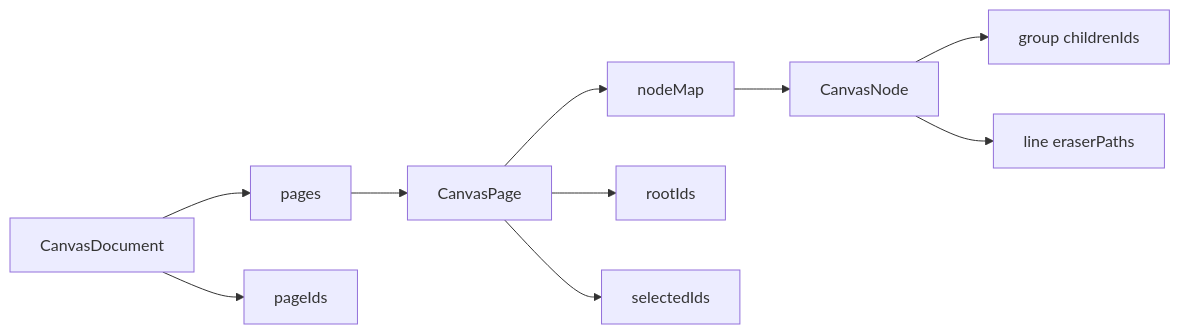
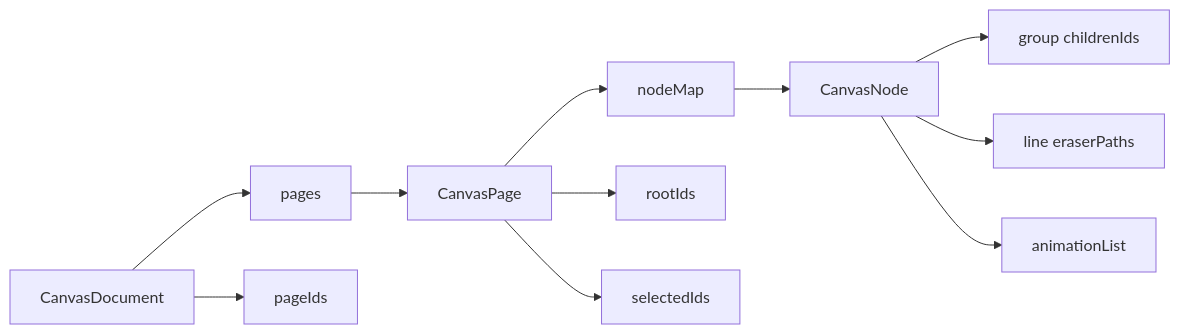
The second of 2 diagrams in README.md (Tajigaqzh/paint-canvas), drawn with Mermaid before and after one commit. The commit also changed other lines of this file and 101 other files, not shown here.

Commit message:
refactor: 拆分 Leafer hook 并接入图片缓存与单测

````diff
--- a/README.md
+++ b/README.md
@@ -124,12 +161,13 @@
 ```mermaid
 flowchart LR
   Document[CanvasDocument] --> Pages[pages]
   Document --> PageIds[pageIds]
   Pages --> Page[CanvasPage]
   Page --> NodeMap[nodeMap]
   Page --> RootIds[rootIds]
   Page --> Selected[selectedIds]
   NodeMap --> Node[CanvasNode]
   Node --> Group[group childrenIds]
   Node --> Line[line eraserPaths]
+  Node --> Animation[animationList]
 ```
````
